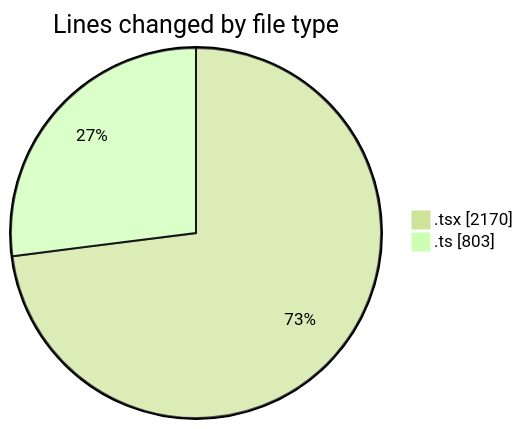
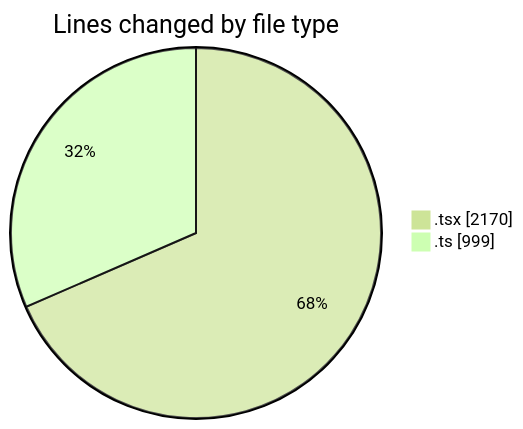
One commit to momahboobian/code-tracking changed the first of 2 diagrams in 2025-07-02/cda/README.md. Above: the diagram before and after it, drawn with Mermaid (forest theme). The commit also changed other lines of this file and 1 other file, not shown here.

````diff
--- a/2025-07-02/cda/README.md
+++ b/2025-07-02/cda/README.md
@@ -24,6 +25,6 @@
 ```mermaid
 pie showData
 title Lines changed by file type
 ".tsx" : 2170
-".ts" : 803
+".ts" : 999
 ```
````
